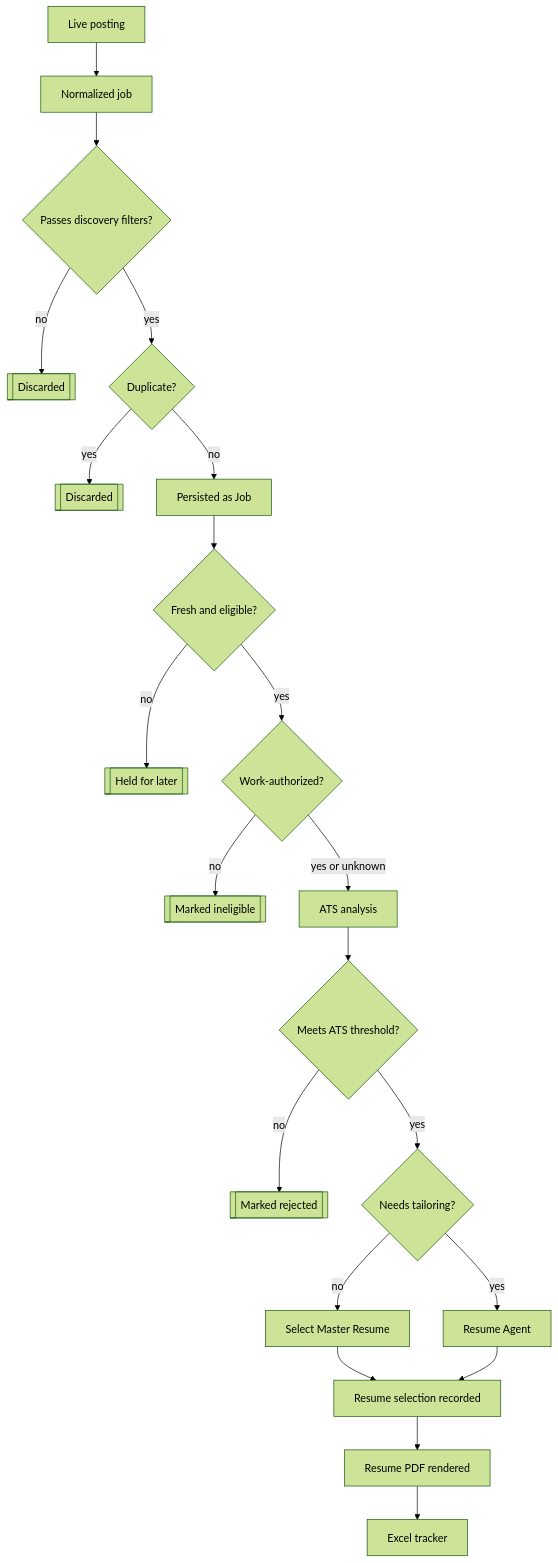
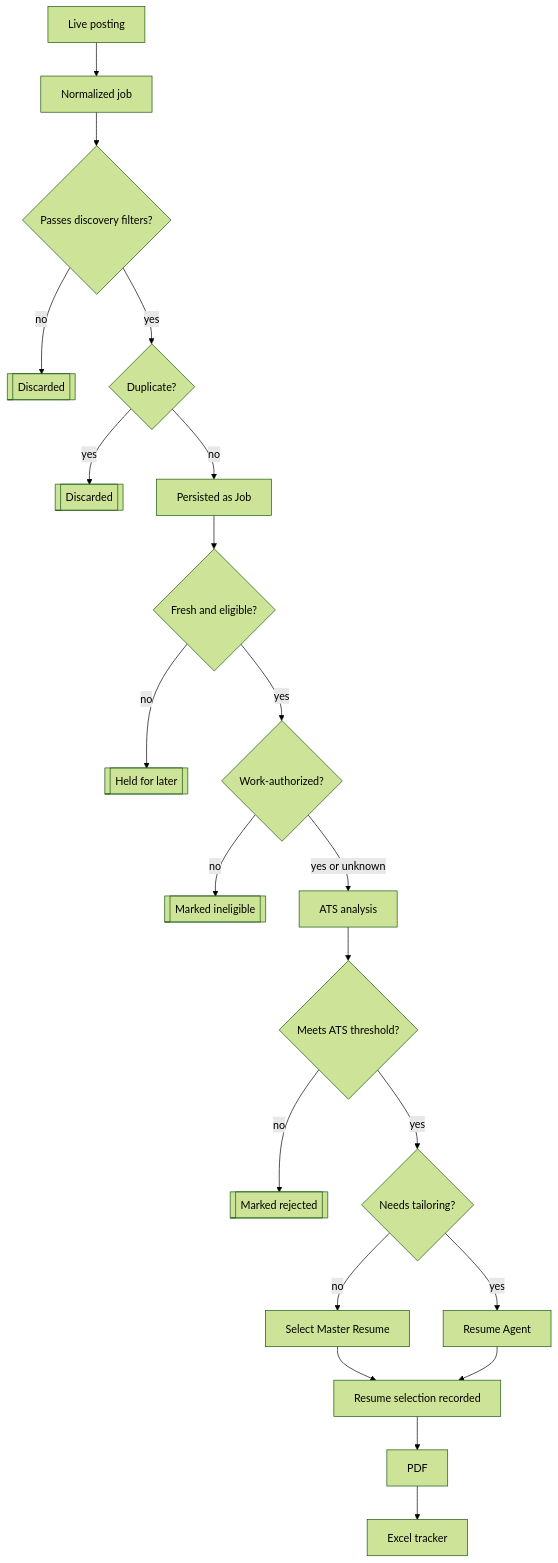
Before and after one commit to savsuth/Jobify: the second of 2 diagrams in README.md, drawn with Mermaid (forest theme).

````diff
--- a/README.md
+++ b/README.md
@@ -113,23 +113,23 @@
 ```mermaid
 flowchart TD
     A[Live posting] --> B[Normalized job]
     B --> C{Passes discovery filters?}
     C -->|no| R1[[Discarded]]
     C -->|yes| D{Duplicate?}
     D -->|yes| R2[[Discarded]]
     D -->|no| E[Persisted as Job]
     E --> F{Fresh and eligible?}
     F -->|no| R3[[Held for later]]
     F -->|yes| G{Work-authorized?}
     G -->|no| R4[[Marked ineligible]]
     G -->|yes or unknown| H[ATS analysis]
     H --> I{Meets ATS threshold?}
     I -->|no| R5[[Marked rejected]]
     I -->|yes| J{Needs tailoring?}
     J -->|no| K[Select Master Resume]
     J -->|yes| L[Resume Agent]
     K --> M[Resume selection recorded]
     L --> M
-    M --> N[Resume PDF rendered]
+    M --> N[PDF]
     N --> O[Excel tracker]
 ```
````
